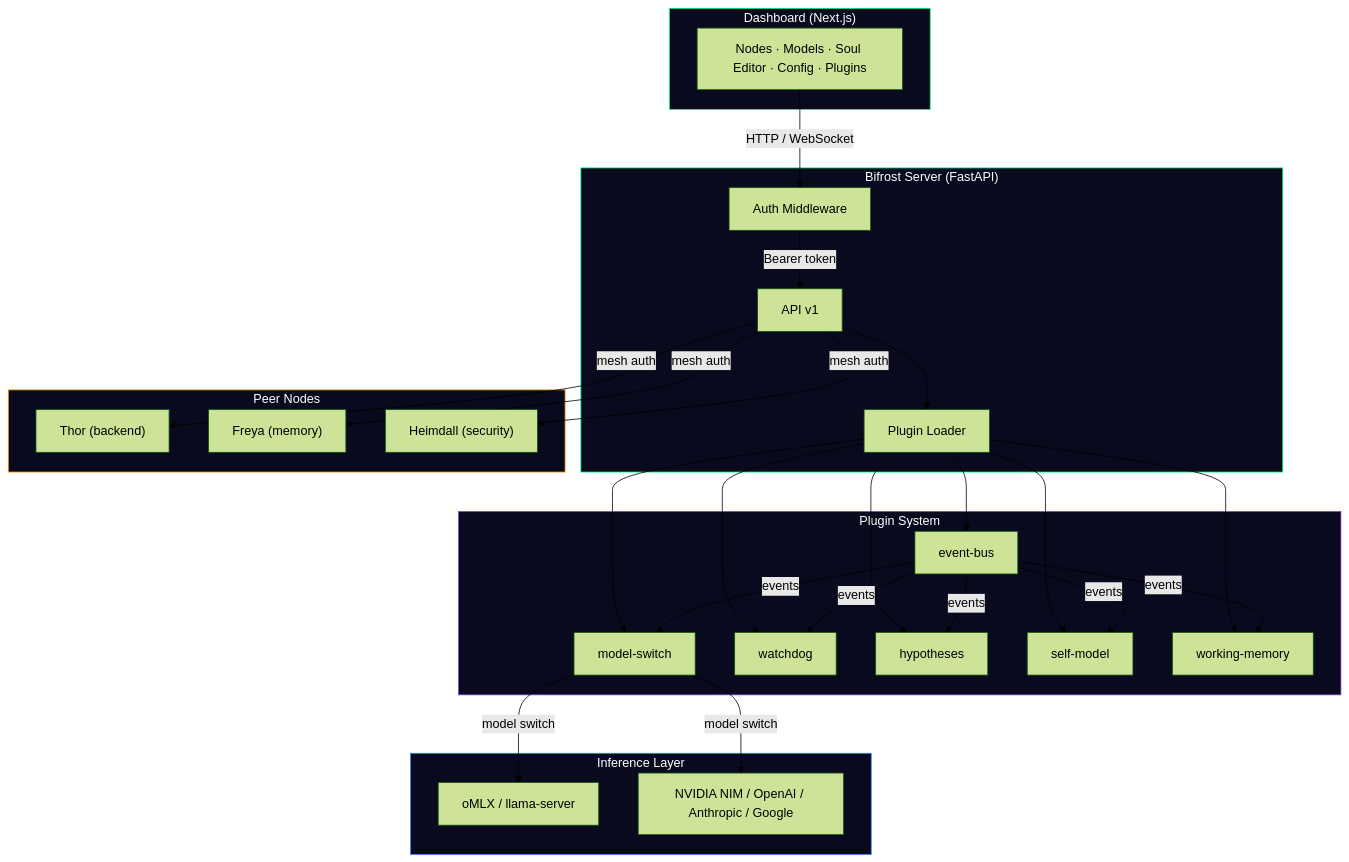
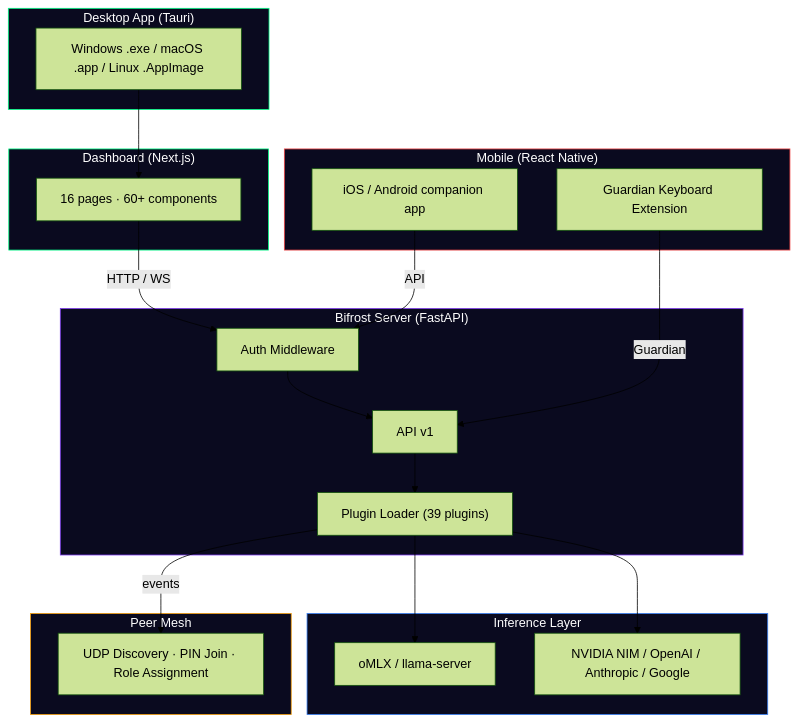
One commit to fireside-labs/fireside changed the diagram in README.md. Above: the diagram before and after it, drawn with Mermaid (forest theme). The commit also changed other lines of this file, not shown here.

````diff
--- a/README.md
+++ b/README.md
@@ -55,46 +230,44 @@
 ```mermaid
 flowchart TB
+    subgraph Desktop ["Desktop App (Tauri)"]
+        TAURI["Windows .exe / macOS .app / Linux .AppImage"]
+    end
+
     subgraph Dashboard ["Dashboard (Next.js)"]
-        UI["Nodes · Models · Soul Editor · Config · Plugins"]
+        UI["16 pages · 60+ components"]
     end
 
     subgraph Bifrost ["Bifrost Server (FastAPI)"]
         API["API v1"]
-        PL["Plugin Loader"]
+        PL["Plugin Loader (39 plugins)"]
         AUTH["Auth Middleware"]
-    end
-
-    subgraph Plugins ["Plugin System"]
-        MS["model-switch"]
-        WD["watchdog"]
-        HYP["hypotheses"]
-        SM["self-model"]
-        WM["working-memory"]
-        EB["event-bus"]
     end
 
     subgraph Inference ["Inference Layer"]
         LOCAL["oMLX / llama-server"]
         CLOUD["NVIDIA NIM / OpenAI / Anthropic / Google"]
     end
 
-    subgraph Mesh ["Peer Nodes"]
-        THOR["Thor (backend)"]
-        FREYA["Freya (memory)"]
-        HEIMDALL["Heimdall (security)"]
+    subgraph Mesh ["Peer Mesh"]
+        NODES["UDP Discovery · PIN Join · Role Assignment"]
     end
 
-    UI -->|"HTTP / WebSocket"| AUTH
-    AUTH -->|"Bearer token"| API
-    API --> PL
-    PL --> MS & WD & HYP & SM & WM & EB
-    MS -->|"model switch"| LOCAL & CLOUD
-    EB -->|"events"| MS & WD & HYP & SM & WM
-    API -->|"mesh auth"| THOR & FREYA & HEIMDALL
+    subgraph Mobile ["Mobile (React Native)"]
+        APP["iOS / Android companion app"]
+        KB["Guardian Keyboard Extension"]
+    end
 
+    TAURI --> UI
+    UI -->|"HTTP / WS"| AUTH --> API --> PL
+    PL --> LOCAL & CLOUD
+    PL -->|"events"| NODES
+    APP -->|"API"| AUTH
+    KB -->|"Guardian"| API
+
+    style Desktop fill:#0a0a1f,stroke:#00ff88,color:#fff
     style Dashboard fill:#0a0a1f,stroke:#00ff88,color:#fff
-    style Bifrost fill:#0a0a1f,stroke:#00ff88,color:#fff
-    style Plugins fill:#0a0a1f,stroke:#7c3aed,color:#fff
+    style Bifrost fill:#0a0a1f,stroke:#7c3aed,color:#fff
     style Inference fill:#0a0a1f,stroke:#3b82f6,color:#fff
     style Mesh fill:#0a0a1f,stroke:#f59e0b,color:#fff
+    style Mobile fill:#0a0a1f,stroke:#ef4444,color:#fff
 ```
````
